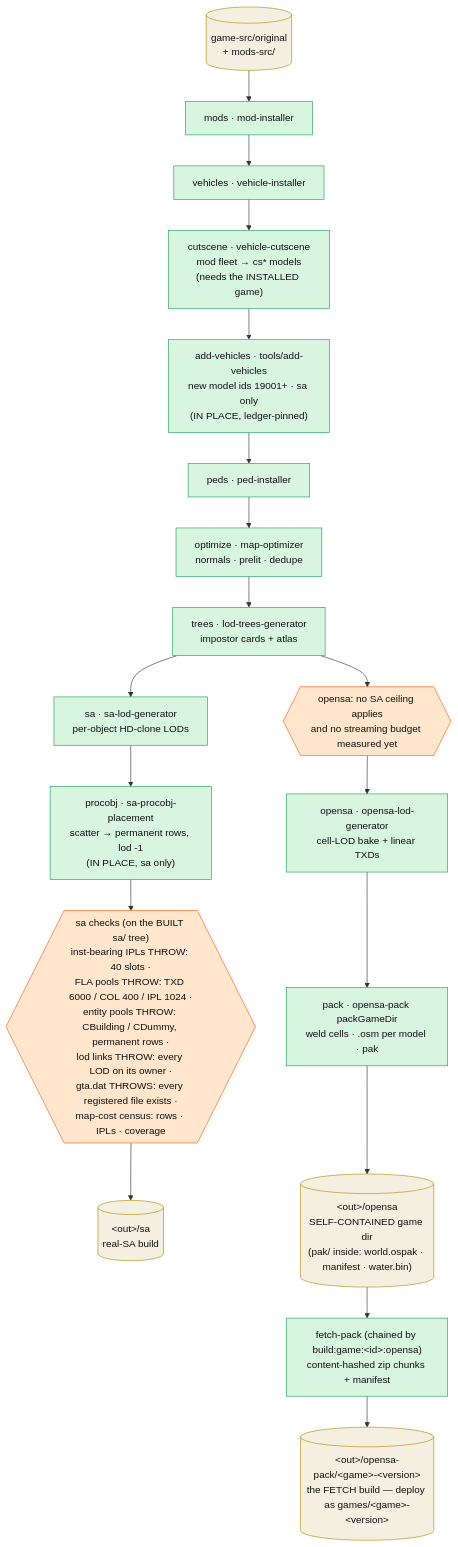
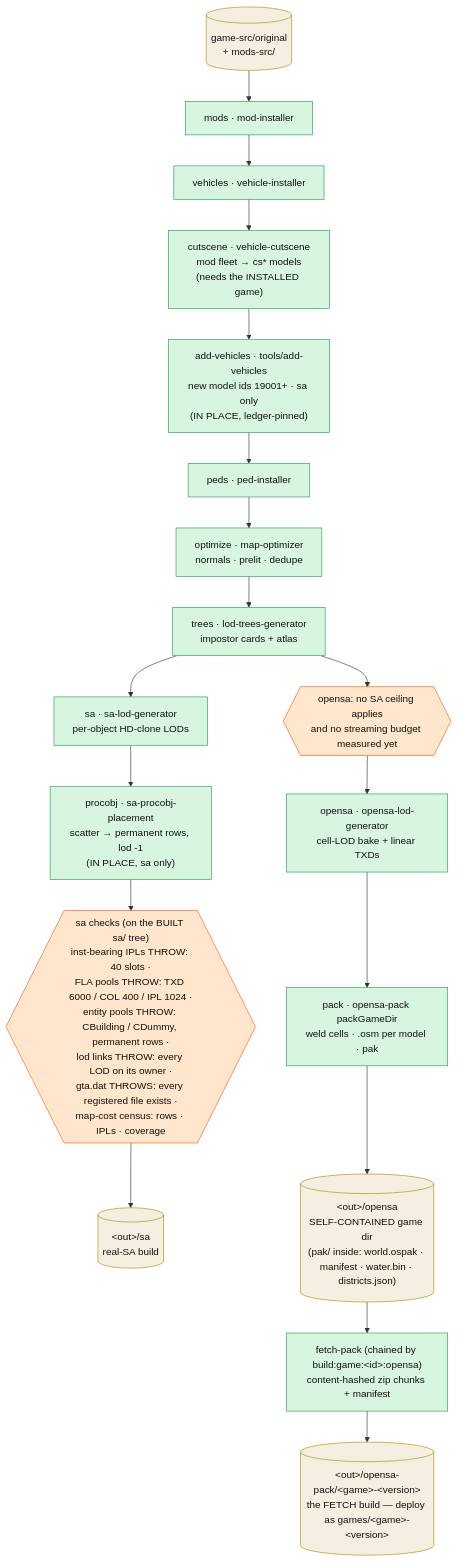
The diagram in docs/architecture/perfect-map-builder.md (sexorcist00/opensa), drawn with Mermaid before and after one commit. The commit also changed other lines of this file and 28 other files, not shown here.

````diff
--- a/docs/architecture/perfect-map-builder.md
+++ b/docs/architecture/perfect-map-builder.md
@@ -78,31 +78,31 @@
 ```mermaid
 %%| pmb-pipeline
 flowchart TB
   src[("game-src/original<br/>+ mods-src/")]:::data
   mods["mods · mod-installer"]:::stage
   veh["vehicles · vehicle-installer"]:::stage
   cs["cutscene · vehicle-cutscene<br/>mod fleet → cs* models<br/>(needs the INSTALLED game)"]:::stage
   add["add-vehicles · tools/add-vehicles<br/>new model ids 19001+ · sa only<br/>(IN PLACE, ledger-pinned)"]:::stage
   peds["peds · ped-installer"]:::stage
   opt["optimize · map-optimizer<br/>normals · prelit · dedupe"]:::stage
   trees["trees · lod-trees-generator<br/>impostor cards + atlas"]:::stage
   proc["procobj · sa-procobj-placement<br/>scatter → permanent rows, lod -1<br/>(IN PLACE, sa only)"]:::stage
   guard{{"sa checks (on the BUILT sa/ tree)<br/>inst-bearing IPLs THROW: 40 slots ·<br/>FLA pools THROW: TXD 6000 / COL 400 / IPL 1024 ·<br/>entity pools THROW: CBuilding / CDummy, permanent rows ·<br/>lod links THROW: every LOD on its owner ·<br/>gta.dat THROWS: every registered file exists ·<br/>map-cost census: rows · IPLs · coverage"}}:::guard
   osguard{{"opensa: no SA ceiling applies<br/>and no streaming budget measured yet"}}:::guard
   sa["sa · sa-lod-generator<br/>per-object HD-clone LODs"]:::stage
   oslod["opensa · opensa-lod-generator<br/>cell-LOD bake + linear TXDs"]:::stage
   pack["pack · opensa-pack packGameDir<br/>weld cells · .osm per model · pak"]:::stage
   outsa[("&lt;out&gt;/sa<br/>real-SA build")]:::data
-  outos[("&lt;out&gt;/opensa<br/>SELF-CONTAINED game dir<br/>(pak/ inside: world.ospak · manifest · water.bin)")]:::data
+  outos[("&lt;out&gt;/opensa<br/>SELF-CONTAINED game dir<br/>(pak/ inside: world.ospak · manifest · water.bin · districts.json)")]:::data
   fetch["fetch-pack (chained by build:game:&lt;id&gt;:opensa)<br/>content-hashed zip chunks + manifest"]:::stage
   outpak[("&lt;out&gt;/opensa-pack/&lt;game&gt;-&lt;version&gt;<br/>the FETCH build — deploy as games/&lt;game&gt;-&lt;version&gt;")]:::data
 
   src --> mods --> veh --> cs --> add --> peds --> opt --> trees
   trees --> sa --> proc --> guard --> outsa
   trees --> osguard --> oslod --> pack --> outos
   outos --> fetch --> outpak
 
   classDef stage fill:#d8f5e0,stroke:#1f9d55,color:#111
   classDef guard fill:#ffe6cc,stroke:#f55c07,color:#111
   classDef data fill:#f5efe1,stroke:#b08900,color:#111
 ```
````
